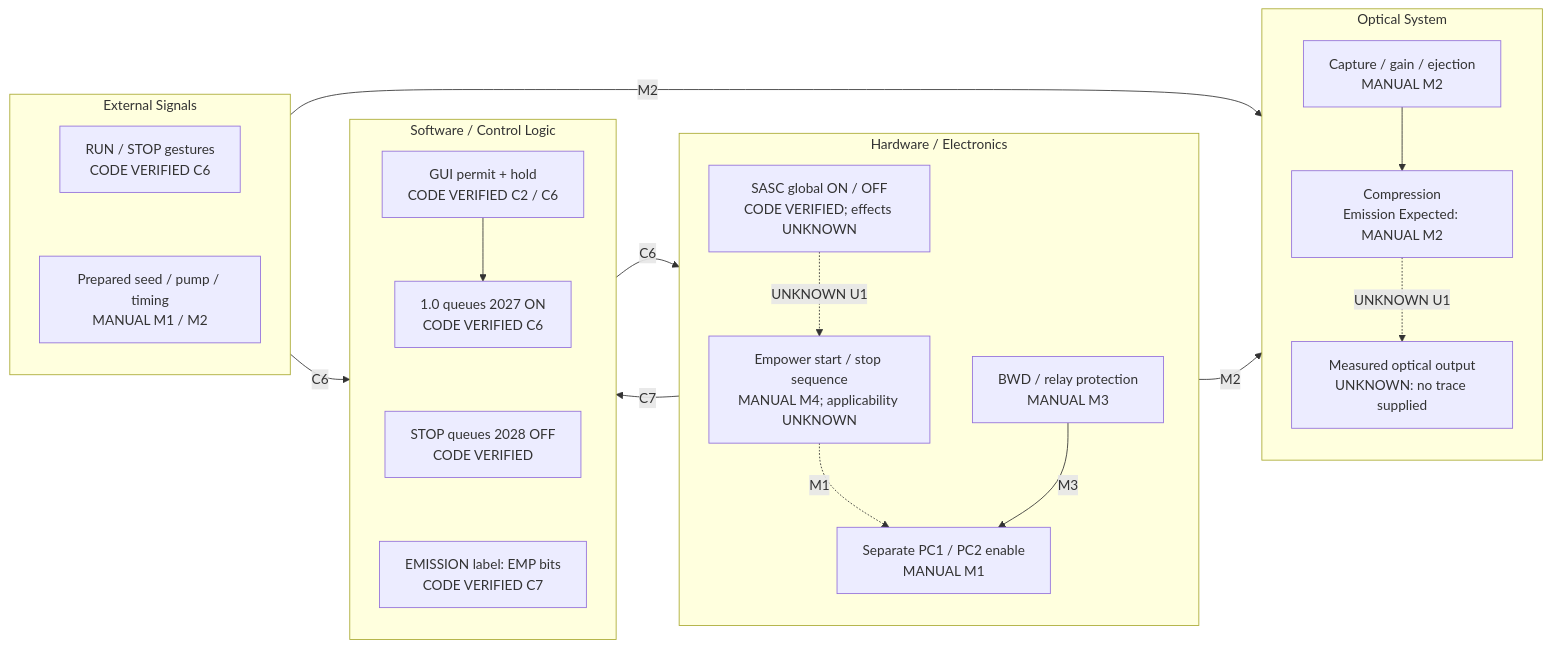
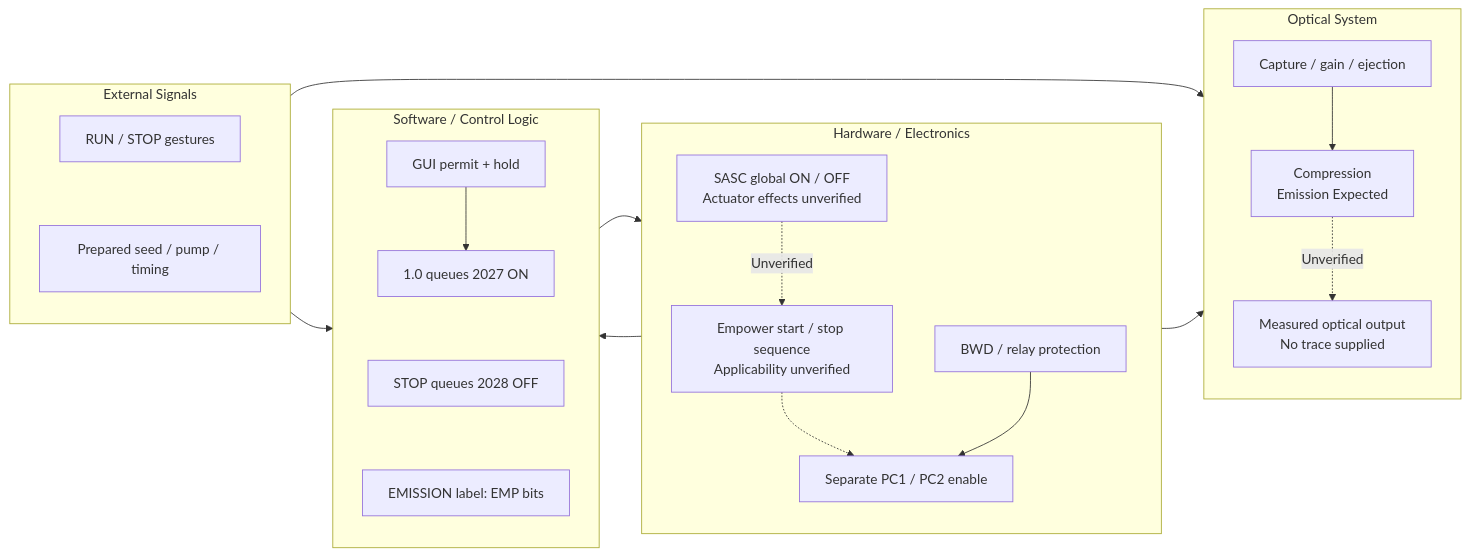
One commit to El-Carretero/PY_SPF changed the second of 3 diagrams in docs/spitfire_control_flow/01_main_operation.md. Above: the diagram before and after it, drawn with Mermaid. The commit also changed other lines of this file and 150 other files, not shown here.

Commit message:
docs: simplify control diagrams and publish matching Korean edition

````diff
--- a/docs/spitfire_control_flow/01_main_operation.md
+++ b/docs/spitfire_control_flow/01_main_operation.md
@@ -86,43 +89,43 @@
 ```mermaid
-%% caption: Figure 1B. RUN, expected optical consequence, and independent STOP/protection paths. Dashed transfers remain unverified.
+%% caption: Figure 1B. RUN, expected optical consequence, and STOP/protection functions. Figure 1C expands the STOP path; dashed transfers remain unverified.
 %% layout: landscape
 flowchart LR
   subgraph EXB["External Signals"]
     direction TB
-    UR["RUN / STOP gestures<br/>CODE VERIFIED C6"]
-    IN["Prepared seed / pump / timing<br/>MANUAL M1 / M2"]
+    UR["RUN / STOP gestures"]
+    IN["Prepared seed / pump / timing"]
     UR ~~~ IN
   end
   subgraph HWB["Hardware / Electronics"]
     direction TB
-    ON["SASC global ON / OFF<br/>CODE VERIFIED; effects UNKNOWN"]
-    PM["Empower start / stop sequence<br/>MANUAL M4; applicability UNKNOWN"]
-    PC["Separate PC1 / PC2 enable<br/>MANUAL M1"]
-    PR["BWD / relay protection<br/>MANUAL M3"]
-    ON -.->|"UNKNOWN U1"| PM
-    PM -.->|"M1"| PC
-    PR -->|"M3"| PC
+    ON["SASC global ON / OFF<br/>Actuator effects unverified"]
+    PM["Empower start / stop sequence<br/>Applicability unverified"]
+    PC["Separate PC1 / PC2 enable"]
+    PR["BWD / relay protection"]
+    ON -.->|"Unverified"| PM
+    PM -.-> PC
+    PR --> PC
   end
   subgraph SWB["Software / Control Logic"]
     direction TB
-    ACCEPT["GUI permit + hold<br/>CODE VERIFIED C2 / C6"]
-    CMD["1.0 queues 2027 ON<br/>CODE VERIFIED C6"]
-    STOP["STOP queues 2028 OFF<br/>CODE VERIFIED"]
-    LABEL["EMISSION label: EMP bits<br/>CODE VERIFIED C7"]
+    ACCEPT["GUI permit + hold"]
+    CMD["1.0 queues 2027 ON"]
+    STOP["STOP queues 2028 OFF"]
+    LABEL["EMISSION label: EMP bits"]
     ACCEPT --> CMD
     CMD ~~~ STOP ~~~ LABEL
   end
   subgraph OPB["Optical System"]
     direction TB
-    CAP["Capture / gain / ejection<br/>MANUAL M2"]
-    OUT["Compression<br/>Emission Expected: MANUAL M2"]
-    PROOF["Measured optical output<br/>UNKNOWN: no trace supplied"]
+    CAP["Capture / gain / ejection"]
+    OUT["Compression<br/>Emission Expected"]
+    PROOF["Measured optical output<br/>No trace supplied"]
     CAP --> OUT
-    OUT -.->|"UNKNOWN U1"| PROOF
+    OUT -.->|"Unverified"| PROOF
   end
-  EXB -->|"C6"| SWB
-  EXB -->|"M2"| OPB
-  SWB -->|"C6"| HWB
-  HWB -->|"C7"| SWB
-  HWB -->|"M2"| OPB
+  EXB --> SWB
+  EXB --> OPB
+  SWB --> HWB
+  HWB --> SWB
+  HWB --> OPB
 ```
````
